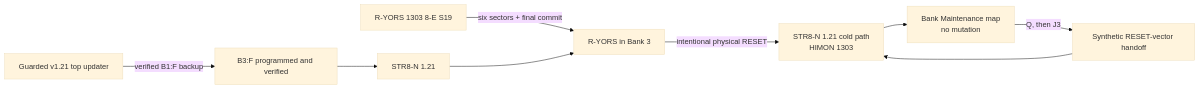
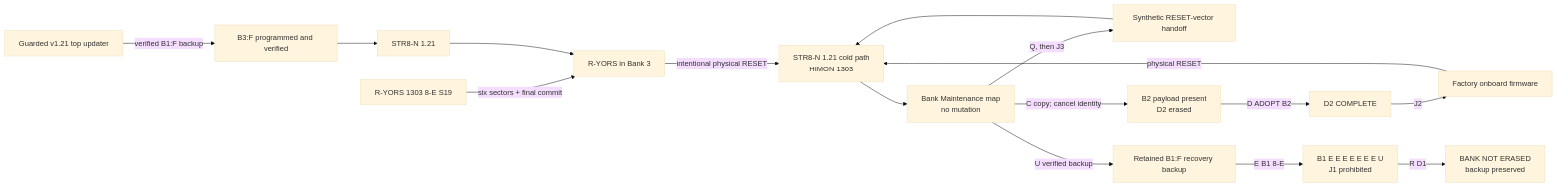
Diagram 11 of 12 in docs/MAPS.md (95westus/STR8-N), drawn with Mermaid (base theme) before and after one commit. The commit also changed other lines of this file and 85 other files, not shown here.

````diff
--- a/docs/MAPS.md
+++ b/docs/MAPS.md
@@ -331,11 +335,18 @@
 ```mermaid
 flowchart LR
     TOP[Guarded v1.21 top updater] -->|verified B1:F backup| B3F[B3:F programmed and verified]
     B3F --> S[STR8-N 1.21]
     PAYLOAD[R-YORS 1303 8-E S19] -->|six sectors + final commit| B3[R-YORS in Bank 3]
     S --> B3
     B3 -->|intentional physical RESET| COLD[STR8-N 1.21 cold path<br/>HIMON 1303]
     COLD --> BM[Bank Maintenance map<br/>no mutation]
     BM -->|Q, then J3| SYN[Synthetic RESET-vector handoff]
     SYN --> COLD
+    BM -->|C copy; cancel identity| B2P[B2 payload present<br/>D2 erased]
+    B2P -->|D ADOPT B2| D2[D2 COMPLETE]
+    D2 -->|J2| FACTORY[Factory onboard firmware]
+    FACTORY -->|physical RESET| COLD
+    BM -->|U verified backup| B1F[Retained B1:F recovery backup]
+    B1F -->|E B1 8-E| B1HOLD[B1 E E E E E E E U<br/>J1 prohibited]
+    B1HOLD -->|R D1| GUARD[BANK NOT ERASED<br/>backup preserved]
 ```
````
